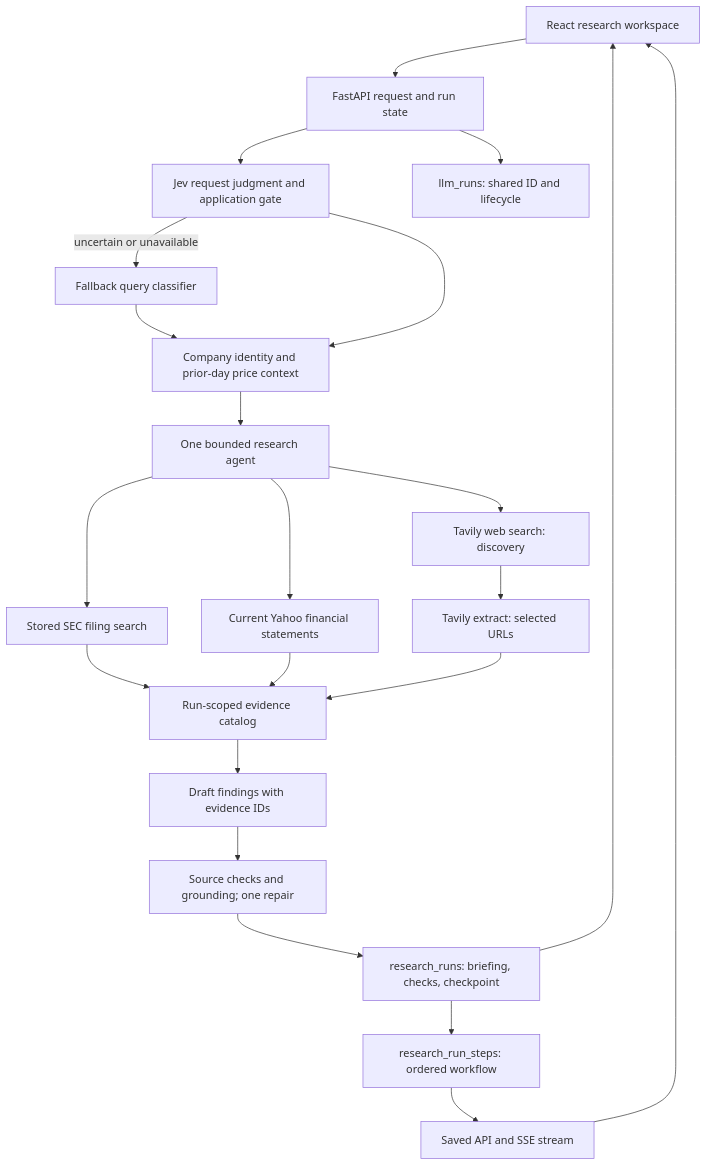
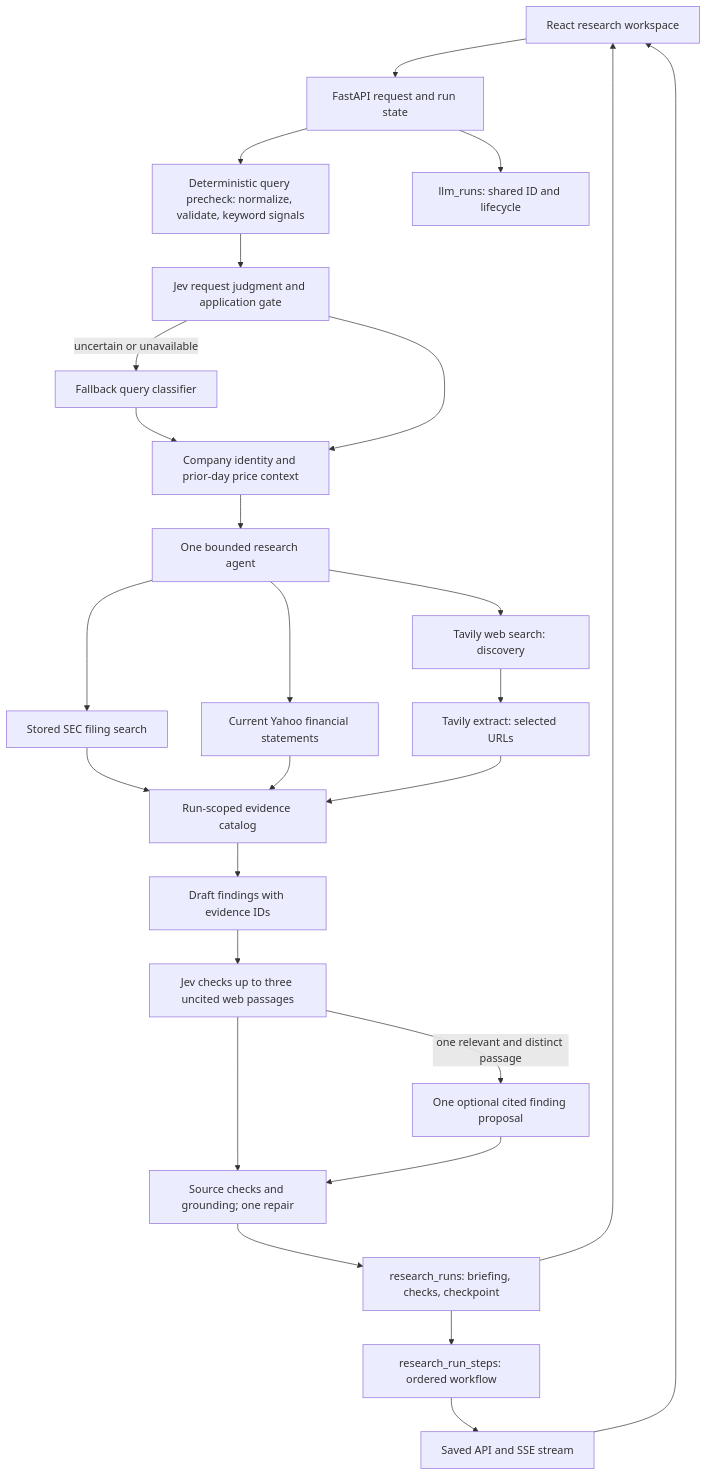
Before and after one commit to SeijiMatsumoto/ai-systems: the diagram in backend/research_workflow/README.md, drawn with Mermaid. The commit also changed other lines of this file and 30 other files, not shown here.

Commit message:
Complete research follow-ups and architecture UI

````diff
--- a/backend/research_workflow/README.md
+++ b/backend/research_workflow/README.md
@@ -13,24 +15,28 @@
 ```mermaid
 flowchart TD
     UI[React research workspace] --> API[FastAPI request and run state]
-    API --> Q[Jev request judgment and application gate]
+    API --> PC[Deterministic query precheck: normalize, validate, keyword signals]
+    PC --> Q[Jev request judgment and application gate]
     Q -->|uncertain or unavailable| QF[Fallback query classifier]
     QF --> P
     Q --> P[Company identity and prior-day price context]
     P --> A[One bounded research agent]
     A --> F[Stored SEC filing search]
     A --> Y[Current Yahoo financial statements]
     A --> S[Tavily web search: discovery]
     S --> E[Tavily extract: selected URLs]
     F --> C[Run-scoped evidence catalog]
     Y --> C
     E --> C
     C --> D[Draft findings with evidence IDs]
-    D --> V[Source checks and grounding; one repair]
+    D --> J[Jev checks up to three uncited web passages]
+    J -->|one relevant and distinct passage| O[One optional cited finding proposal]
+    J --> V[Source checks and grounding; one repair]
+    O --> V
     V --> R[research_runs: briefing, checks, checkpoint]
     API --> L[llm_runs: shared ID and lifecycle]
     R --> W[research_run_steps: ordered workflow]
     W --> SSE[Saved API and SSE stream]
     SSE --> UI
     R --> UI
 ```
````
